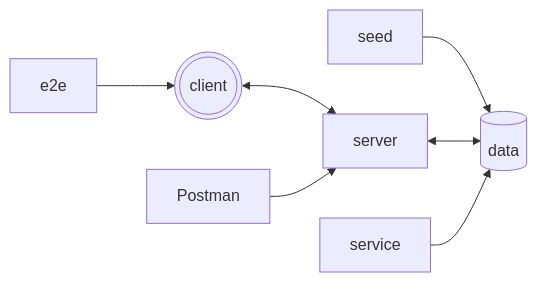
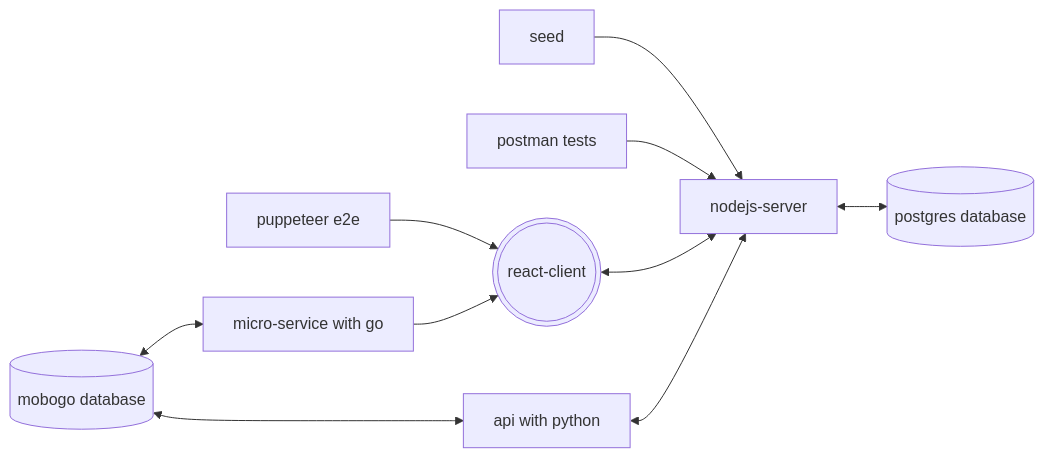
One commit to willemverbuyst/sb-client changed the diagram in README.md. Above: the diagram before and after it, drawn with Mermaid. The commit also changed other lines of this file, not shown here.

````diff
--- a/README.md
+++ b/README.md
@@ -9,16 +9,21 @@
 ```mermaid
 flowchart LR
   A[seed]
-  B[(data)]
-  C[server]
-  D(((client)))
-  E[e2e]
-  F[service]
-  G[Postman]
-  A-->B
+  B[(postgres database)]
+  C[nodejs-server]
+  D(((react-client)))
+  E[puppeteer e2e]
+  F[api with python]
+  G[postman tests]
+  H[micro-service with go]
+  I[(mobogo database)]
+  I<-->H
+  I<-->F
+  A-->C
+  G-->C
   C<-->B
   D<-->C
   E-->D
-  F-->B
-  G-->C
+  H-->D
+  F<-->C
 ```
````
